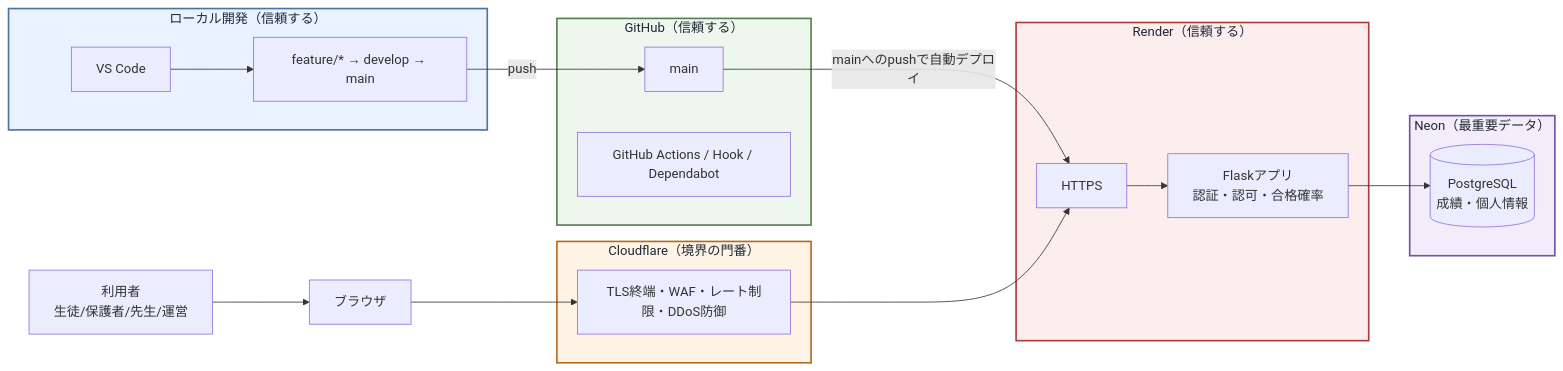
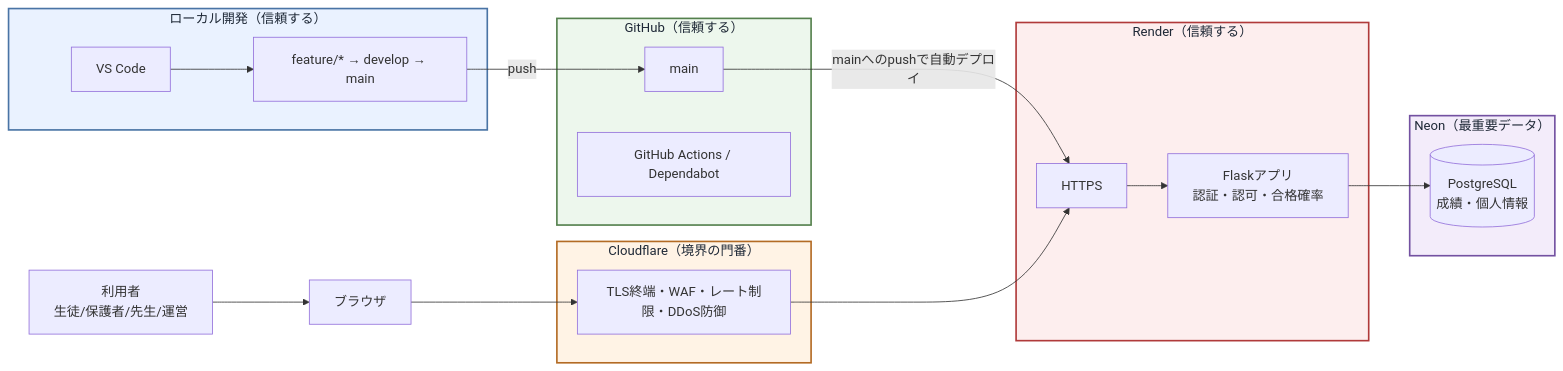
One commit to Akimitsu-Shigemi/juku-seiseki-app changed the second of 2 diagrams in design.md. Above: the diagram before and after it, drawn with Mermaid. The commit also changed other lines of this file and 1 other file, not shown here.

````diff
--- a/design.md
+++ b/design.md
@@ -65,41 +64,41 @@
 ```mermaid
 flowchart LR
     User["利用者<br/>生徒/保護者/先生/運営"] --> Browser["ブラウザ"]
 
     subgraph Local["ローカル開発（信頼する）"]
         VSCode["VS Code"]
         Branches["feature/* → develop → main"]
         VSCode --> Branches
     end
 
     subgraph GitHubBox["GitHub（信頼する）"]
         GitHubMain["main"]
-        Guards["GitHub Actions / Hook / Dependabot"]
+        Guards["GitHub Actions / Dependabot"]
     end
 
     subgraph Edge["Cloudflare（境界の門番）"]
         CF["TLS終端・WAF・レート制限・DDoS防御"]
     end
 
     subgraph RenderService["Render（信頼する）"]
         HTTPS["HTTPS"]
         Flask["Flaskアプリ<br/>認証・認可・合格確率"]
         HTTPS --> Flask
     end
 
     subgraph NeonDB["Neon（最重要データ）"]
         Neon[("PostgreSQL<br/>成績・個人情報")]
     end
 
     Branches -->|push| GitHubMain
     GitHubMain -->|mainへのpushで自動デプロイ| HTTPS
     Browser --> CF
     CF --> HTTPS
     Flask --> Neon
 
     style Local        fill:#eaf2ff,stroke:#4a74a5,stroke-width:2px,color:#1f2937
     style GitHubBox    fill:#edf7ed,stroke:#54804d,stroke-width:2px,color:#1f2937
     style Edge         fill:#fff3e5,stroke:#b36b24,stroke-width:2px,color:#1f2937
     style RenderService fill:#fdeeee,stroke:#b03a3a,stroke-width:2px,color:#1f2937
     style NeonDB       fill:#f3ecfa,stroke:#7351a1,stroke-width:2px,color:#1f2937
 ```
````
